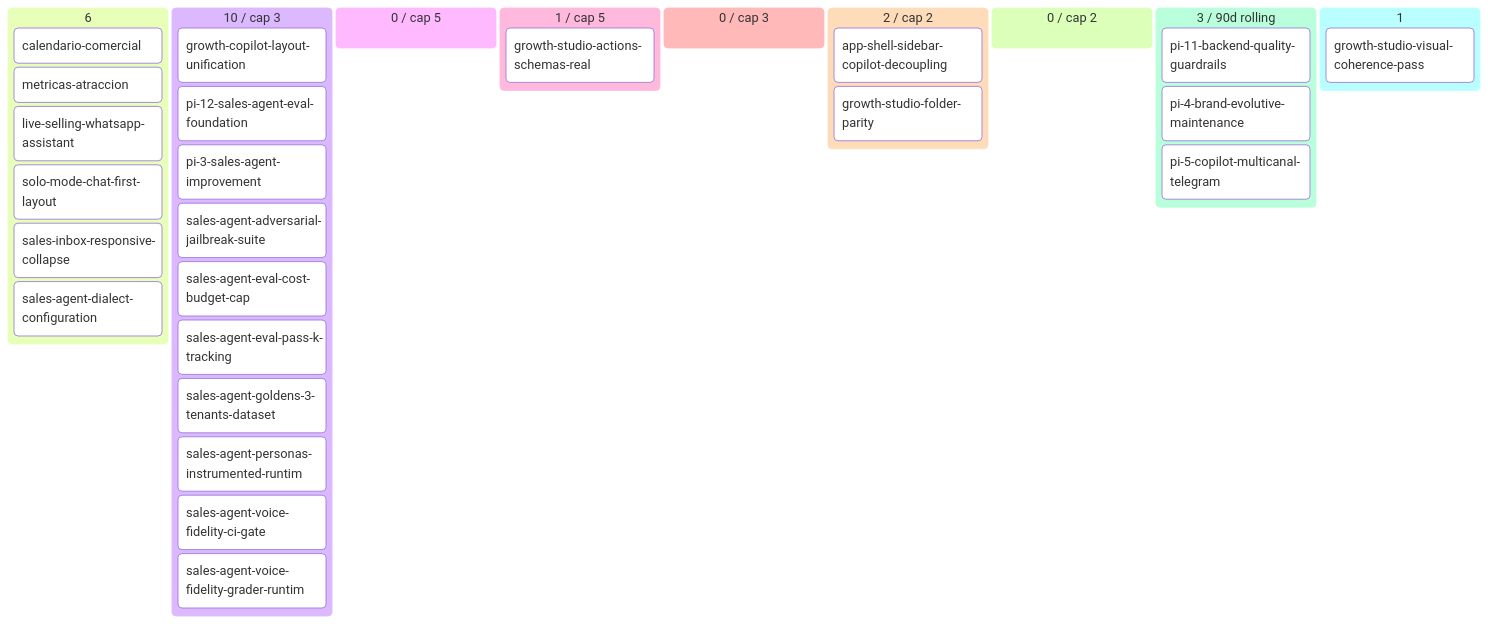
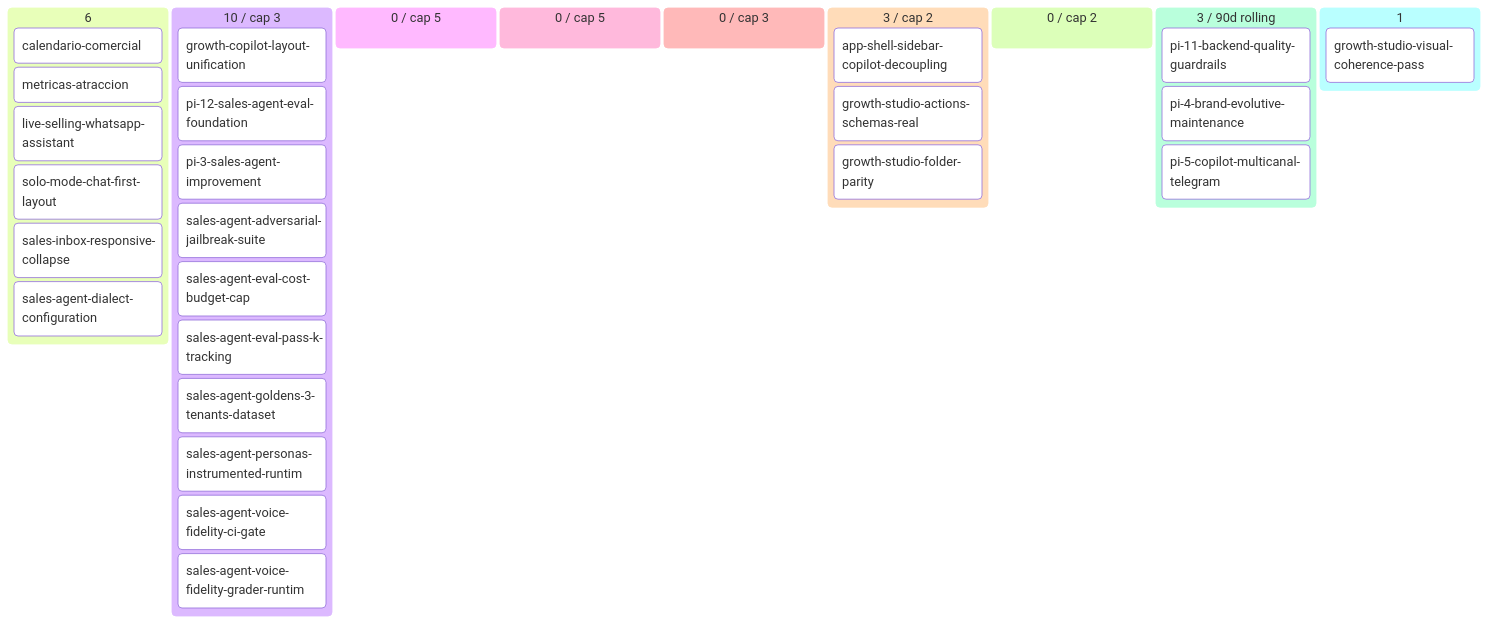
The diagram in docs/product/BACKLOG.md (alpacapurpura/ap_sales_agent), drawn with Mermaid before and after one commit. The commit also changed other lines of this file and 5 other files, not shown here.

````diff
--- a/docs/product/BACKLOG.md
+++ b/docs/product/BACKLOG.md
@@ -59,35 +63,35 @@
 ```mermaid
 kanban
   💡 Ideas (6)
     calendario-comercial[calendario-comercial]
     metricas-atraccion[metricas-atraccion]
     live-selling-whatsapp-assistan[live-selling-whatsapp-assistant]
     solo-mode-chat-first-layout[solo-mode-chat-first-layout]
     sales-inbox-responsive-collaps[sales-inbox-responsive-collapse]
     sales-agent-dialect-configurat[sales-agent-dialect-configuration]
   🔬 Refining (10 / cap 3)
     growth-copilot-layout-unificat[growth-copilot-layout-unification]
     pi-12-sales-agent-eval-foundat[pi-12-sales-agent-eval-foundation]
     pi-3-sales-agent-improvement[pi-3-sales-agent-improvement]
     sales-agent-adversarial-jailbr[sales-agent-adversarial-jailbreak-suite]
     sales-agent-eval-cost-budget-c[sales-agent-eval-cost-budget-cap]
     sales-agent-eval-pass-k-tracki[sales-agent-eval-pass-k-tracking]
     sales-agent-goldens-3-tenants-[sales-agent-goldens-3-tenants-dataset]
     sales-agent-personas-instrumen[sales-agent-personas-instrumented-runtim]
     sales-agent-voice-fidelity-ci-[sales-agent-voice-fidelity-ci-gate]
     sales-agent-voice-fidelity-gra[sales-agent-voice-fidelity-grader-runtim]
   ✅ Refined (0 / cap 5)
-  📦 Ready (1 / cap 5)
+  📦 Ready (0 / cap 5)
+  🔨 Developing (0 / cap 3)
+  🧪 Developed (3 / cap 2)
+    app-shell-sidebar-copilot-deco[app-shell-sidebar-copilot-decoupling]
     growth-studio-actions-schemas-[growth-studio-actions-schemas-real]
-  🔨 Developing (0 / cap 3)
-  🧪 Developed (2 / cap 2)
-    app-shell-sidebar-copilot-deco[app-shell-sidebar-copilot-decoupling]
     growth-studio-folder-parity[growth-studio-folder-parity]
   🔍 Reviewing (0 / cap 2)
   ✅ Done (3 / 90d rolling)
     pi-11-backend-quality-guardrai[pi-11-backend-quality-guardrails]
     pi-4-brand-evolutive-maintenan[pi-4-brand-evolutive-maintenance]
     pi-5-copilot-multicanal-telegr[pi-5-copilot-multicanal-telegram]
   🅿 Parked (1)
     growth-studio-visual-coherence[growth-studio-visual-coherence-pass]
 ```
````
